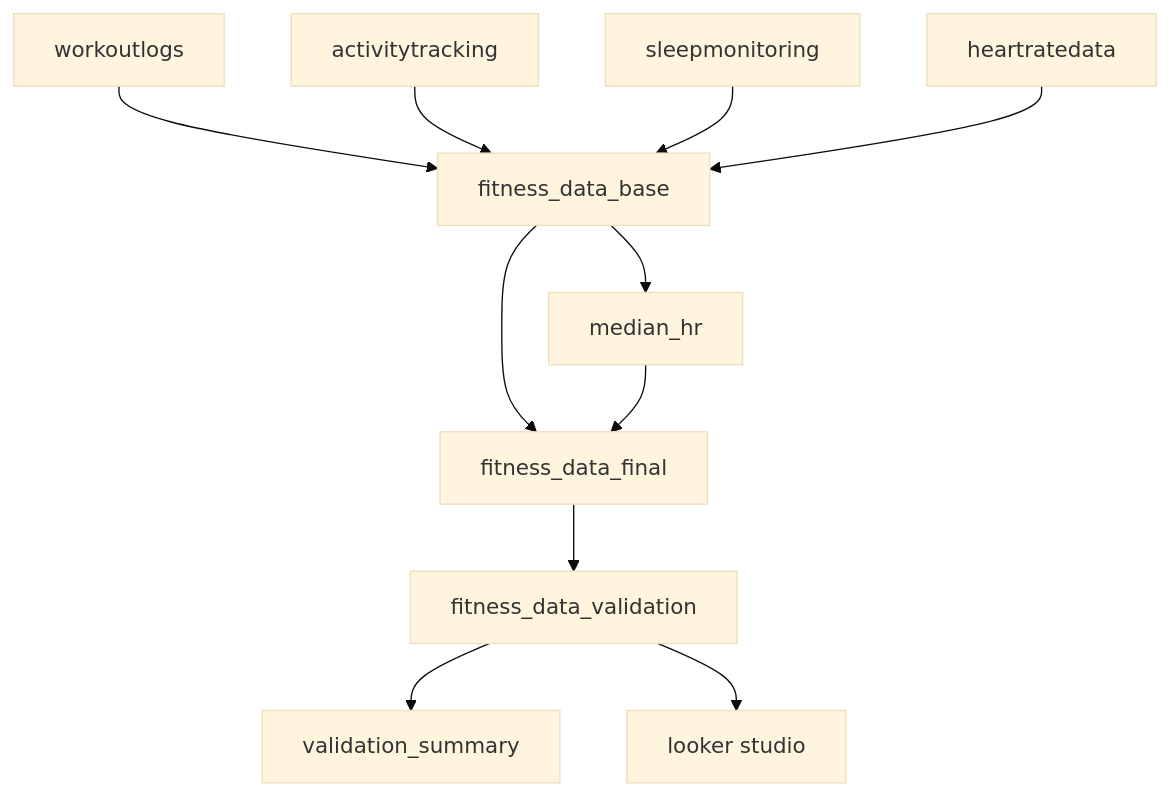
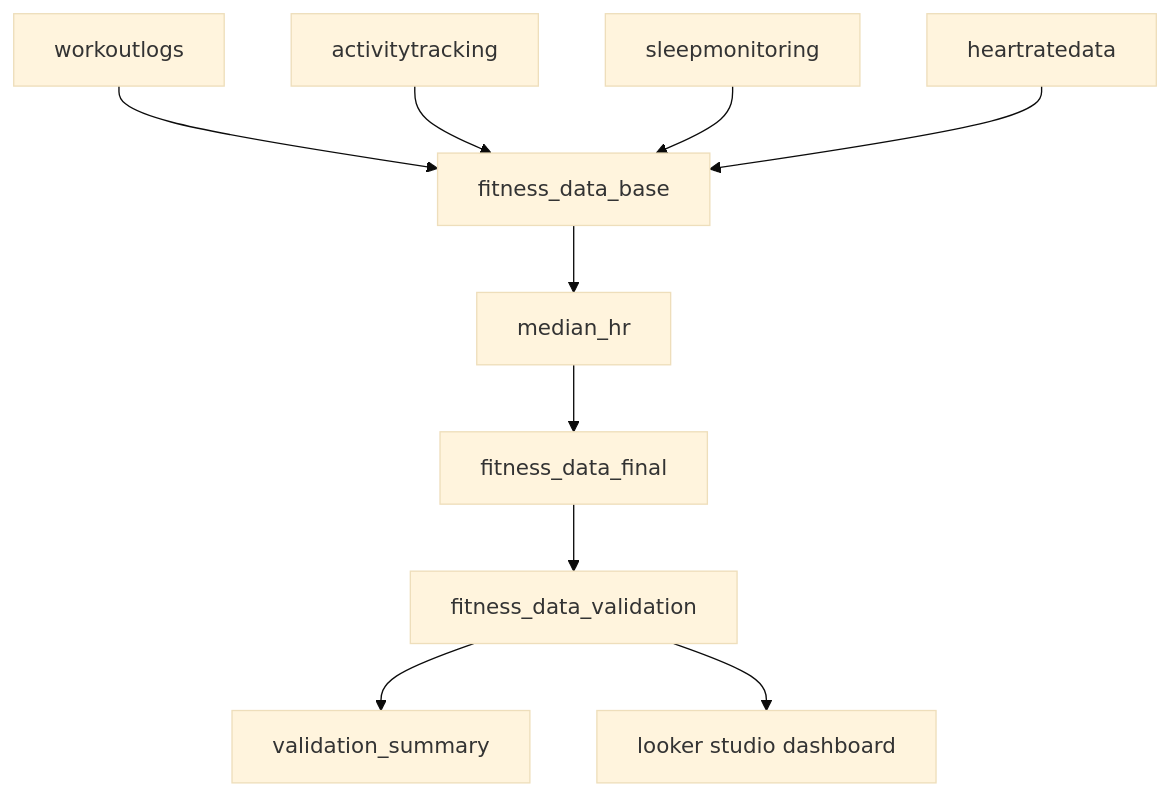
The diagram in README.md (moniburnejko/fitness-analytics-dashboard), drawn with Mermaid (base theme) before and after one commit. The commit also changed other lines of this file, not shown here.

````diff
--- a/README.md
+++ b/README.md
@@ -116,24 +120,23 @@
 ```mermaid
 flowchart TD
   A[workoutlogs]
   B[activitytracking]
   C[sleepmonitoring]
   D[heartratedata]
   E[fitness_data_base]
   F[median_hr]
   G[fitness_data_final]
   H[fitness_data_validation]
   I[validation_summary]
-  Z[looker studio]
+  Z[looker studio dashboard]
 
   A --> E
   B --> E
   C --> E
   D --> E
   E --> F
-  E --> G
   F --> G
   G --> H
   H --> I
   H --> Z
 ```
````
